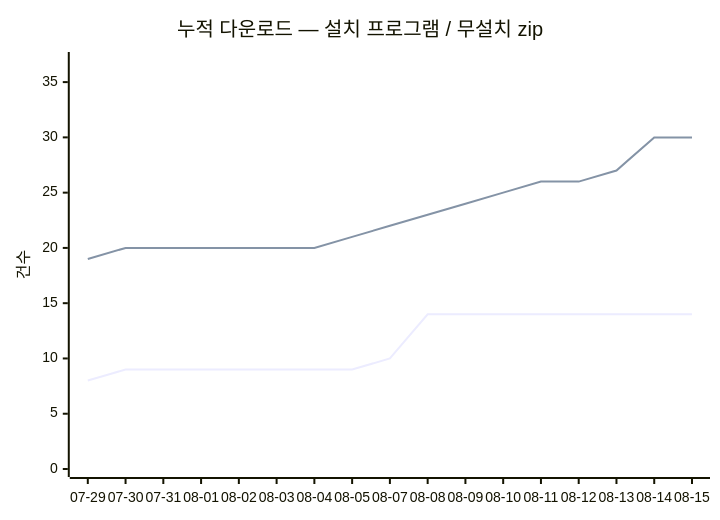
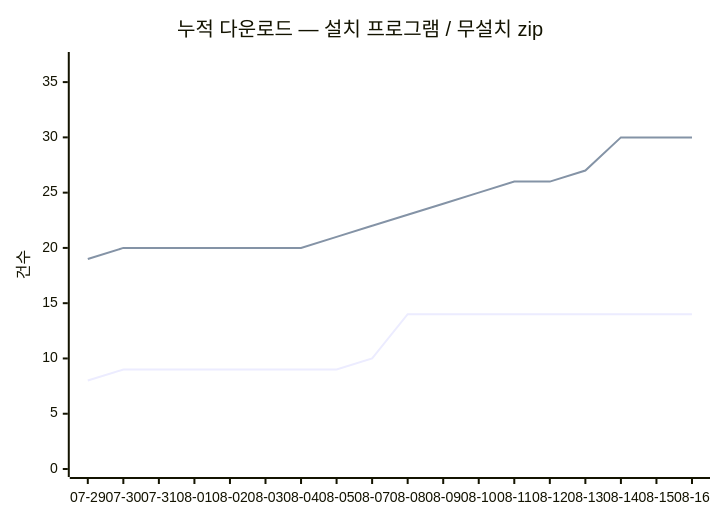
One commit to dodaseo/ibis-releases changed the diagram in README.md. Above: the diagram before and after it, drawn with Mermaid. The commit also changed other lines of this file and 2 other files, not shown here.

Commit message:
chore(stats): 다운로드 스냅숏 2026-08-16

````diff
--- a/README.md
+++ b/README.md
@@ -144,8 +144,8 @@
 ```mermaid
 xychart-beta
     title "누적 다운로드 — 설치 프로그램 / 무설치 zip"
-    x-axis [07-29, 07-30, 07-31, 08-01, 08-02, 08-03, 08-04, 08-05, 08-07, 08-08, 08-09, 08-10, 08-11, 08-12, 08-13, 08-14, 08-15]
+    x-axis [07-29, 07-30, 07-31, 08-01, 08-02, 08-03, 08-04, 08-05, 08-07, 08-08, 08-09, 08-10, 08-11, 08-12, 08-13, 08-14, 08-15, 08-16]
     y-axis "건수" 0 --> 37
-    line [8, 9, 9, 9, 9, 9, 9, 9, 10, 14, 14, 14, 14, 14, 14, 14, 14]
-    line [19, 20, 20, 20, 20, 20, 20, 21, 22, 23, 24, 25, 26, 26, 27, 30, 30]
+    line [8, 9, 9, 9, 9, 9, 9, 9, 10, 14, 14, 14, 14, 14, 14, 14, 14, 14]
+    line [19, 20, 20, 20, 20, 20, 20, 21, 22, 23, 24, 25, 26, 26, 27, 30, 30, 30]
 ```
````
